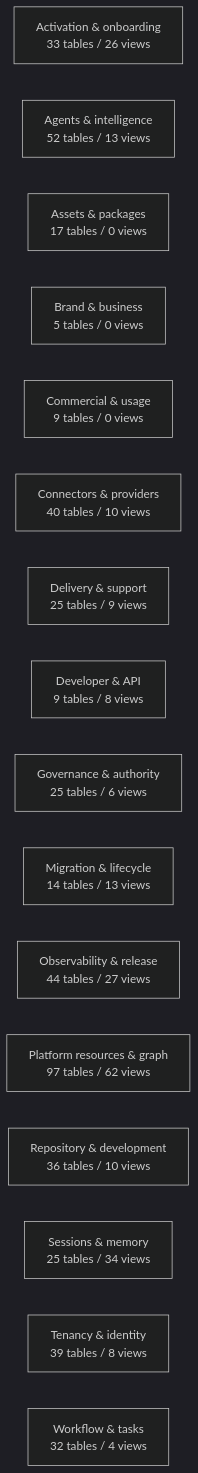
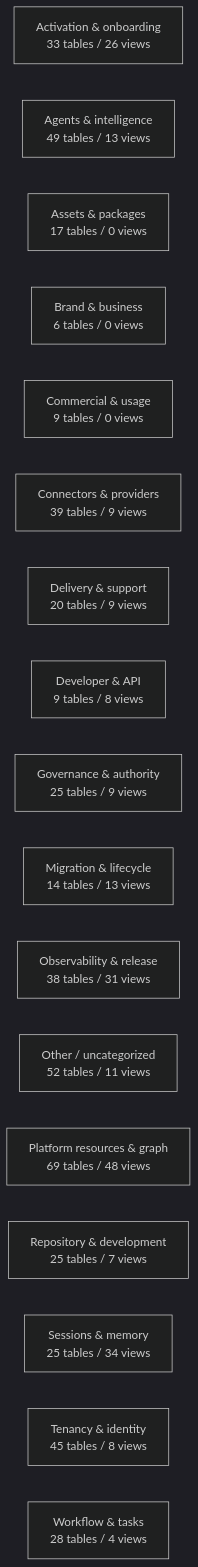
One commit to mad4bdigital-ai/multi-business-multi-role-growth-intelligence-os changed the diagram in docs/work-maps/data-model-domain-map.md. Above: the diagram before and after it, drawn with Mermaid (dark theme). The commit also changed other lines of this file and 2 other files, not shown here.

````diff
--- a/docs/work-maps/data-model-domain-map.md
+++ b/docs/work-maps/data-model-domain-map.md
@@ -9,19 +9,20 @@
 ```mermaid
 flowchart LR
   n_Activation___onboarding["Activation & onboarding<br/>33 tables / 26 views"]
-  n_Agents___intelligence["Agents & intelligence<br/>52 tables / 13 views"]
+  n_Agents___intelligence["Agents & intelligence<br/>49 tables / 13 views"]
   n_Assets___packages["Assets & packages<br/>17 tables / 0 views"]
-  n_Brand___business["Brand & business<br/>5 tables / 0 views"]
+  n_Brand___business["Brand & business<br/>6 tables / 0 views"]
   n_Commercial___usage["Commercial & usage<br/>9 tables / 0 views"]
-  n_Connectors___providers["Connectors & providers<br/>40 tables / 10 views"]
-  n_Delivery___support["Delivery & support<br/>25 tables / 9 views"]
+  n_Connectors___providers["Connectors & providers<br/>39 tables / 9 views"]
+  n_Delivery___support["Delivery & support<br/>20 tables / 9 views"]
   n_Developer___API["Developer & API<br/>9 tables / 8 views"]
-  n_Governance___authority["Governance & authority<br/>25 tables / 6 views"]
+  n_Governance___authority["Governance & authority<br/>25 tables / 9 views"]
   n_Migration___lifecycle["Migration & lifecycle<br/>14 tables / 13 views"]
-  n_Observability___release["Observability & release<br/>44 tables / 27 views"]
-  n_Platform_resources___graph["Platform resources & graph<br/>97 tables / 62 views"]
-  n_Repository___development["Repository & development<br/>36 tables / 10 views"]
+  n_Observability___release["Observability & release<br/>38 tables / 31 views"]
+  n_Other___uncategorized["Other / uncategorized<br/>52 tables / 11 views"]
+  n_Platform_resources___graph["Platform resources & graph<br/>69 tables / 48 views"]
+  n_Repository___development["Repository & development<br/>25 tables / 7 views"]
   n_Sessions___memory["Sessions & memory<br/>25 tables / 34 views"]
-  n_Tenancy___identity["Tenancy & identity<br/>39 tables / 8 views"]
-  n_Workflow___tasks["Workflow & tasks<br/>32 tables / 4 views"]
+  n_Tenancy___identity["Tenancy & identity<br/>45 tables / 8 views"]
+  n_Workflow___tasks["Workflow & tasks<br/>28 tables / 4 views"]
 ```
````
